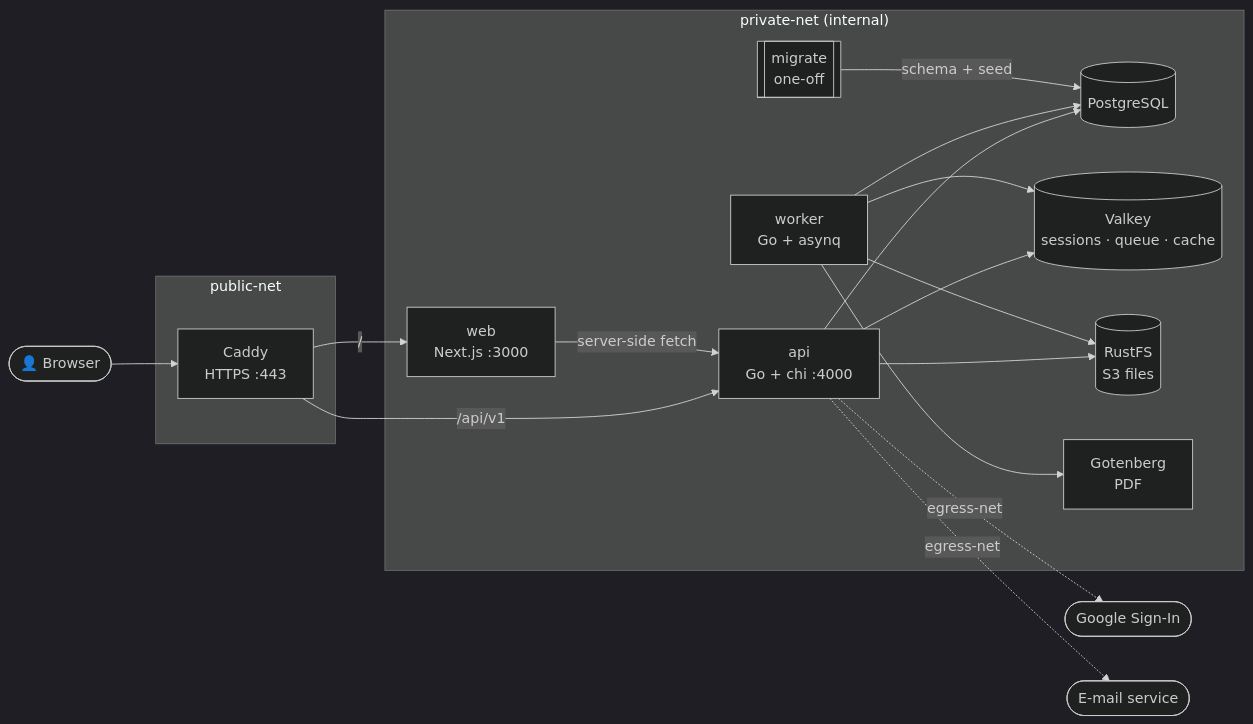
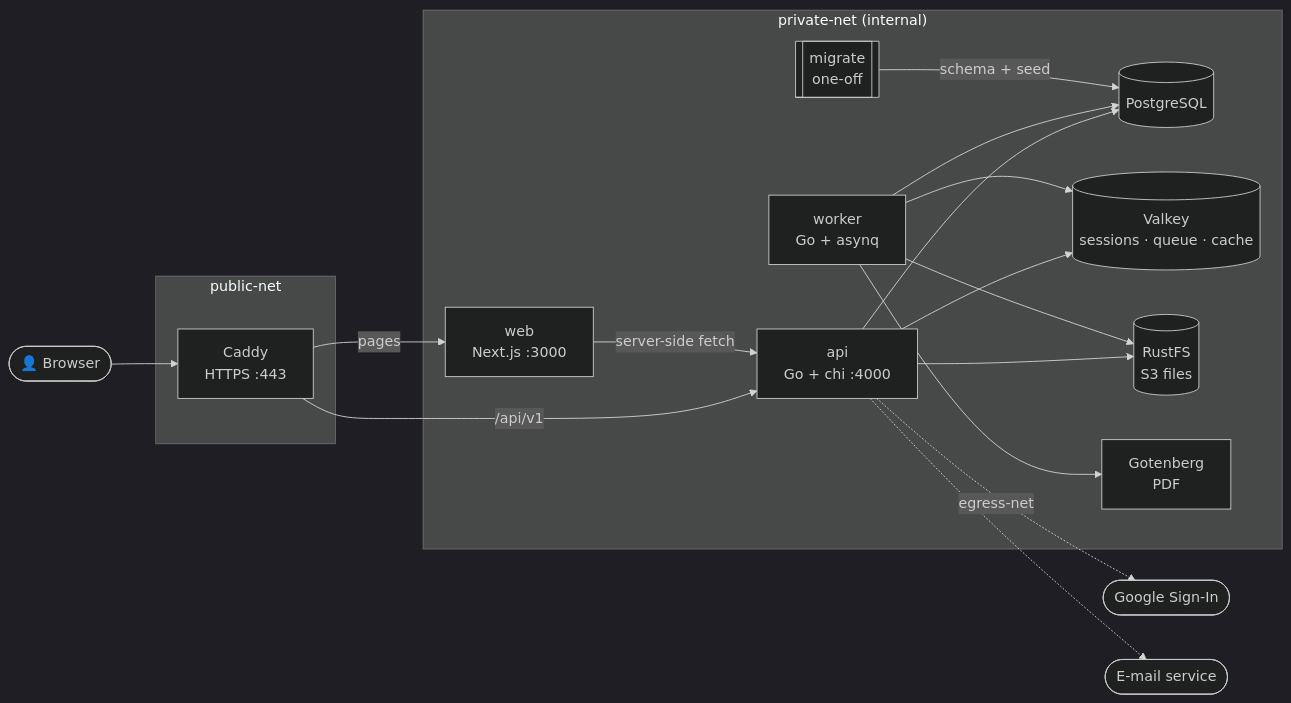
Before and after one commit to suppakorn-tae/cre-website: the first of 4 diagrams in README.md, drawn with Mermaid (dark theme).

Commit message:
docs(repo): tidy readme diagram labels
Refs: IO-139

Claude-Session: https://claude.ai/code/session_01Mx7qZdyz3DXPFxSjnk9uWQ

````diff
--- a/README.md
+++ b/README.md
@@ -157,30 +157,31 @@
 ```mermaid
 flowchart LR
     user([👤 Browser])
     google([Google Sign-In])
     mail([E-mail service])
 
     subgraph public["public-net"]
         caddy[Caddy<br/>HTTPS :443]
     end
 
     subgraph private["private-net (internal)"]
         web[web<br/>Next.js :3000]
         api[api<br/>Go + chi :4000]
         worker[worker<br/>Go + asynq]
         migrate[[migrate<br/>one-off]]
         db[(PostgreSQL)]
         valkey[(Valkey<br/>sessions · queue · cache)]
         s3[(RustFS<br/>S3 files)]
         pdf[Gotenberg<br/>PDF]
     end
 
     user --> caddy
-    caddy -- "/" --> web
+    caddy -- pages --> web
     caddy -- "/api/v1" --> api
     web -- server-side fetch --> api
     api --> db & valkey & s3
     worker --> db & valkey & s3 & pdf
     migrate -- schema + seed --> db
-    api -. egress-net .-> google & mail
+    api -. egress-net .-> google
+    api -.-> mail
 ```
````
